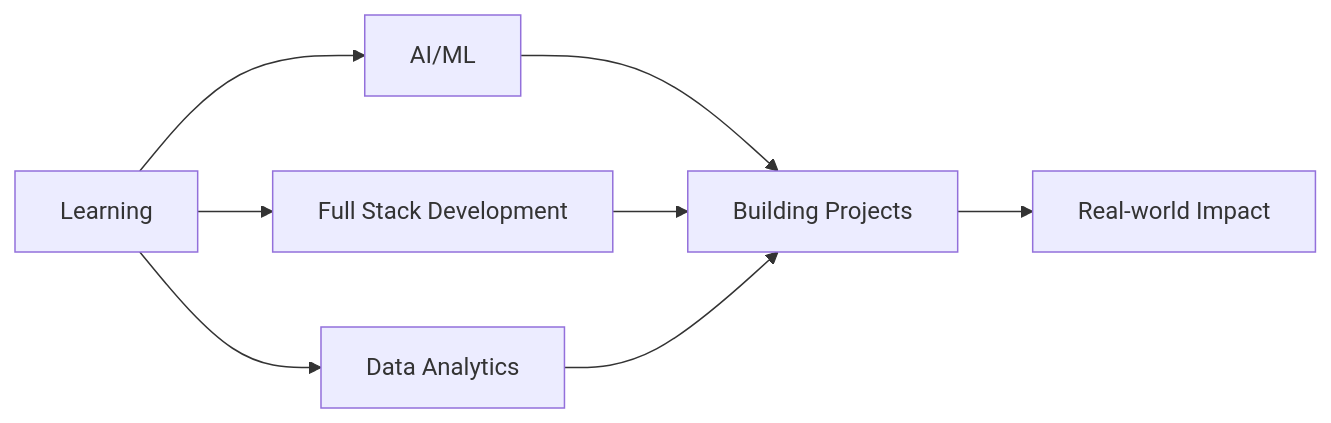
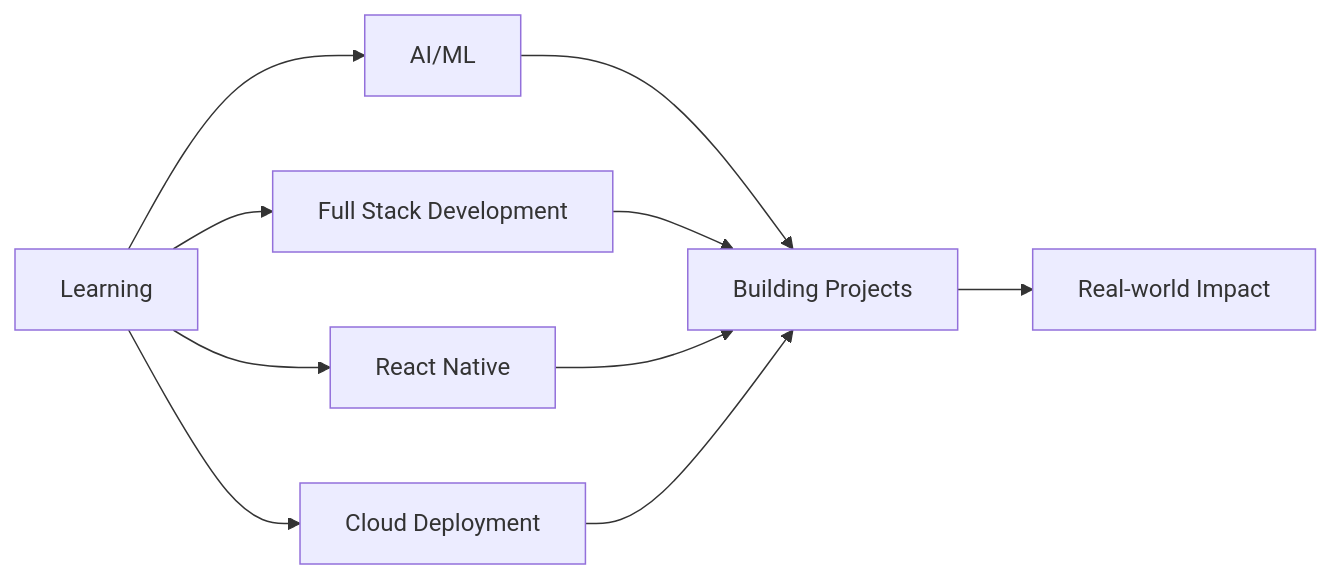
The first of 2 diagrams in README.md (Ayush-AI-ux/Ayush-AI-ux), drawn with Mermaid before and after one commit. The commit also changed other lines of this file, not shown here.

````diff
--- a/README.md
+++ b/README.md
@@ -245,10 +274,12 @@
 ```mermaid
 graph LR
     A[Learning] --> B[AI/ML]
     A --> C[Full Stack Development]
-    A --> D[Data Analytics]
-    B --> E[Building Projects]
-    C --> E
-    D --> E
-    E --> F[Real-world Impact]
+    A --> D[React Native]
+    A --> E[Cloud Deployment]
+    B --> F[Building Projects]
+    C --> F
+    D --> F
+    E --> F
+    F --> G[Real-world Impact]
 ```
````
